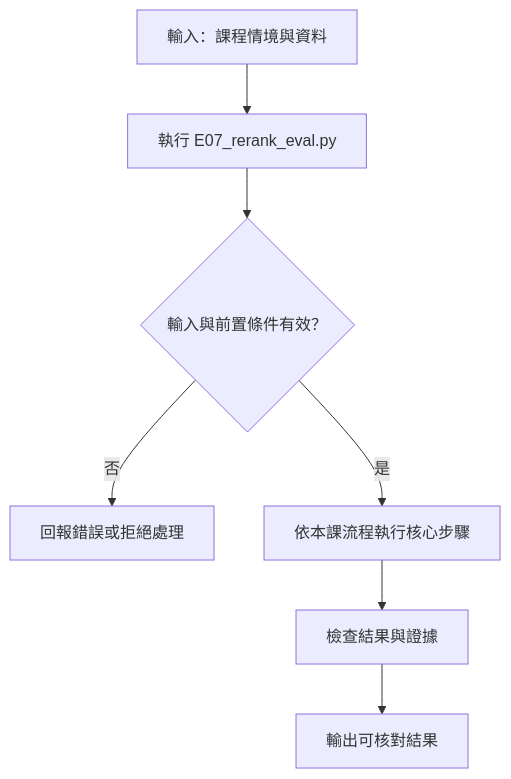
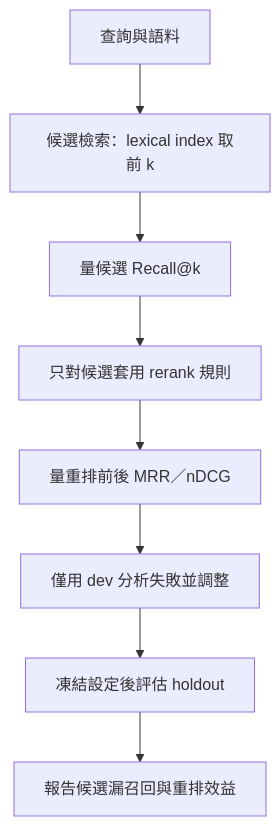
One commit to 4-learn/LLM-demo changed the diagram in 26-rerank-eval.md. Above: the diagram before and after it, drawn with Mermaid. The commit also changed other lines of this file and 66 other files, not shown here.

Commit message:
[pm] docs: expand lesson diagrams and fix course mapping (#17)

````diff
--- a/26-rerank-eval.md
+++ b/26-rerank-eval.md
@@ -10,9 +10,10 @@
 ```mermaid
 flowchart TD
-    A[輸入：課程情境與資料] --> B[執行 E07_rerank_eval.py]
-    B --> C{輸入與前置條件有效？}
-    C -- 否 --> D[回報錯誤或拒絕處理]
-    C -- 是 --> E[依本課流程執行核心步驟]
-    E --> F[檢查結果與證據]
-    F --> G[輸出可核對結果]
+    A[查詢與語料] --> B[候選檢索：lexical index 取前 k]
+    B --> C[量候選 Recall@k]
+    C --> D[只對候選套用 rerank 規則]
+    D --> E[量重排前後 MRR／nDCG]
+    E --> F[僅用 dev 分析失敗並調整]
+    F --> G[凍結設定後評估 holdout]
+    G --> H[報告候選漏召回與重排效益]
 ```
````
